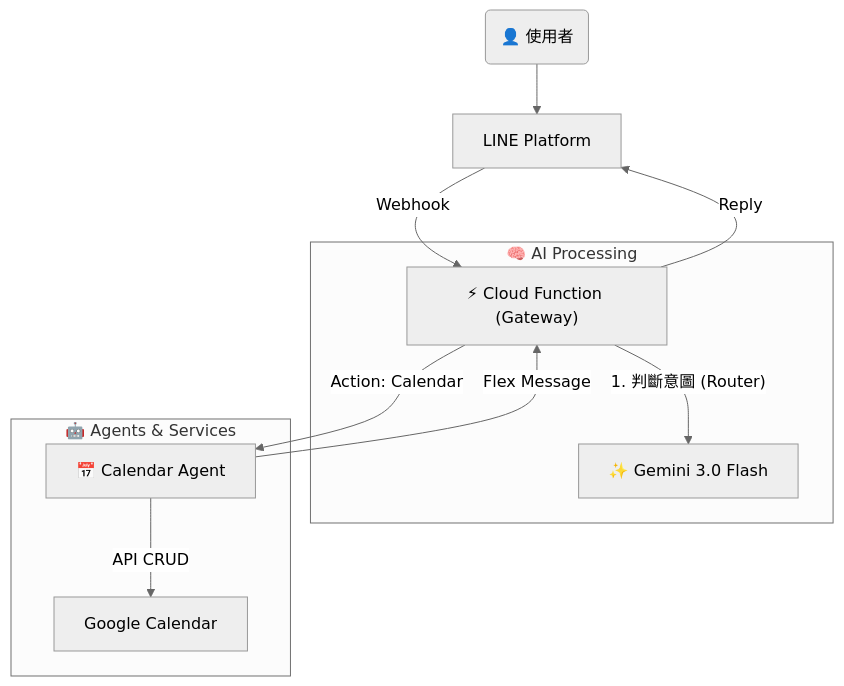
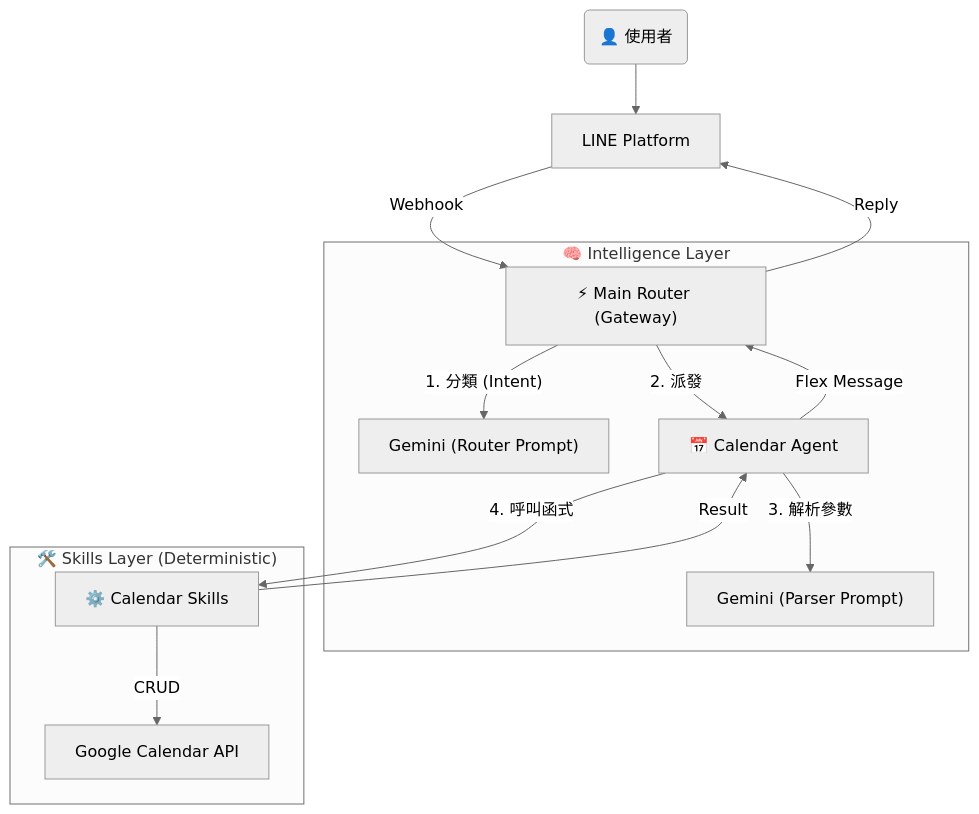
The diagram in README.zh-tw.md (YenChengLai/ai-butler-python), drawn with Mermaid (neutral theme) before and after one commit. The commit also changed other lines of this file and 2 other files, not shown here.

Commit message:
docs: update main README structure to reflect skills architecture

````diff
--- a/README.zh-tw.md
+++ b/README.zh-tw.md
@@ -25,17 +30,20 @@
 ```mermaid
 graph TD
     User("👤 使用者") --> Line["LINE Platform"]
-    Line --Webhook--> Gateway["⚡ Cloud Function (Gateway)"]
+    Line --Webhook--> Gateway["⚡ Main Router (Gateway)"]
 
-    subgraph "🧠 AI Processing"
-        Gateway --"1. 判斷意圖 (Router)"--> Gemini["✨ Gemini 3.0 Flash"]
+    subgraph "🧠 Intelligence Layer"
+        Gateway --"1. 分類 (Intent)"--> RouterModel["Gemini (Router Prompt)"]
+        Gateway --"2. 派發"--> CalAgent["📅 Calendar Agent"]
+        CalAgent --"3. 解析參數"--> AgentModel["Gemini (Parser Prompt)"]
     end
 
-    subgraph "🤖 Agents & Services"
-        Gateway --"Action: Calendar"--> CalAgent["📅 Calendar Agent"]
-        CalAgent --"API CRUD"--> GCal["Google Calendar"]
+    subgraph "🛠️ Skills Layer (Deterministic)"
+        CalAgent --"4. 呼叫函式"--> Skill["⚙️ Calendar Skills"]
+        Skill --"CRUD"--> GCal["Google Calendar API"]
     end
 
+    Skill --"Result"--> CalAgent
     CalAgent --"Flex Message"--> Gateway
     Gateway --"Reply"--> Line
 ```
````
